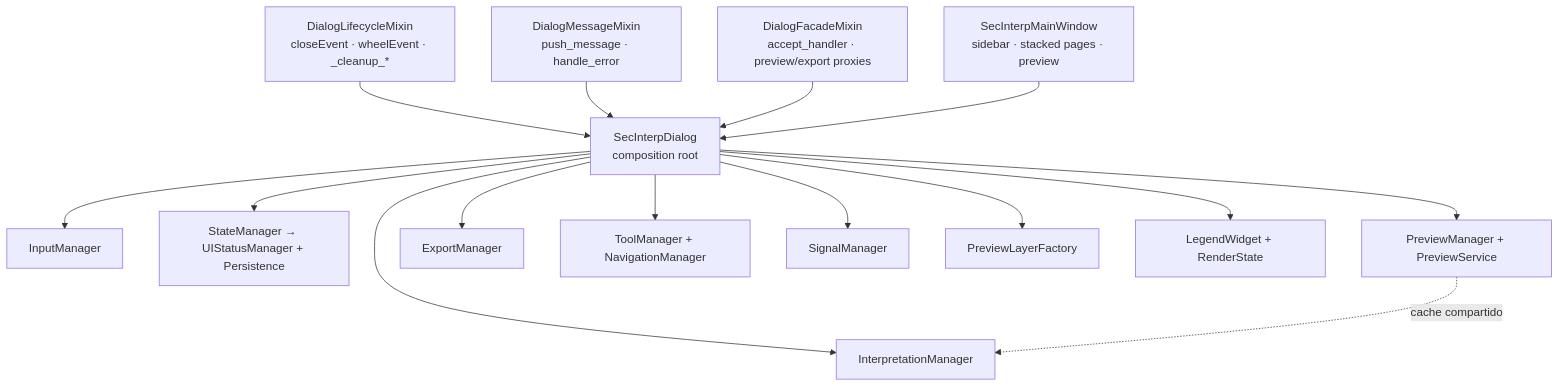
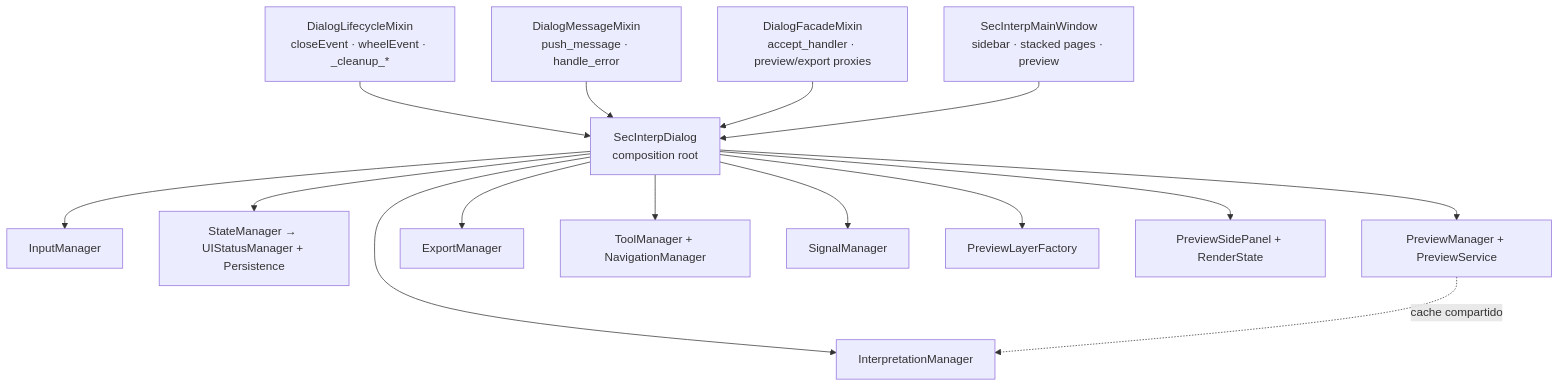
One commit to geociencio/sec_interp changed the diagram in docs/code_walkthrough_v2/main_dialog.md. Above: the diagram before and after it, drawn with Mermaid. The commit also changed other lines of this file and 365 other files, not shown here.

````diff
--- a/docs/code_walkthrough_v2/main_dialog.md
+++ b/docs/code_walkthrough_v2/main_dialog.md
@@ -45,25 +45,25 @@
 ```mermaid
 graph TD
     LCM["DialogLifecycleMixin<br/>closeEvent · wheelEvent · _cleanup_*"]
     MSG["DialogMessageMixin<br/>push_message · handle_error"]
     FAC["DialogFacadeMixin<br/>accept_handler · preview/export proxies"]
     WIN["SecInterpMainWindow<br/>sidebar · stacked pages · preview"]
     DLG["SecInterpDialog<br/>composition root"]
 
     LCM --> DLG
     MSG --> DLG
     FAC --> DLG
     WIN --> DLG
 
     DLG --> IM["InputManager"]
     DLG --> SM["StateManager → UIStatusManager + Persistence"]
     DLG --> PM["PreviewManager + PreviewService"]
     DLG --> EM["ExportManager"]
     DLG --> NM["InterpretationManager"]
     DLG --> TM["ToolManager + NavigationManager"]
     DLG --> SG["SignalManager"]
     DLG --> LF["PreviewLayerFactory"]
-    DLG --> LG["LegendWidget + RenderState"]
+    DLG --> LG["PreviewSidePanel + RenderState"]
 
     PM -.->|cache compartido| NM
 ```
````
